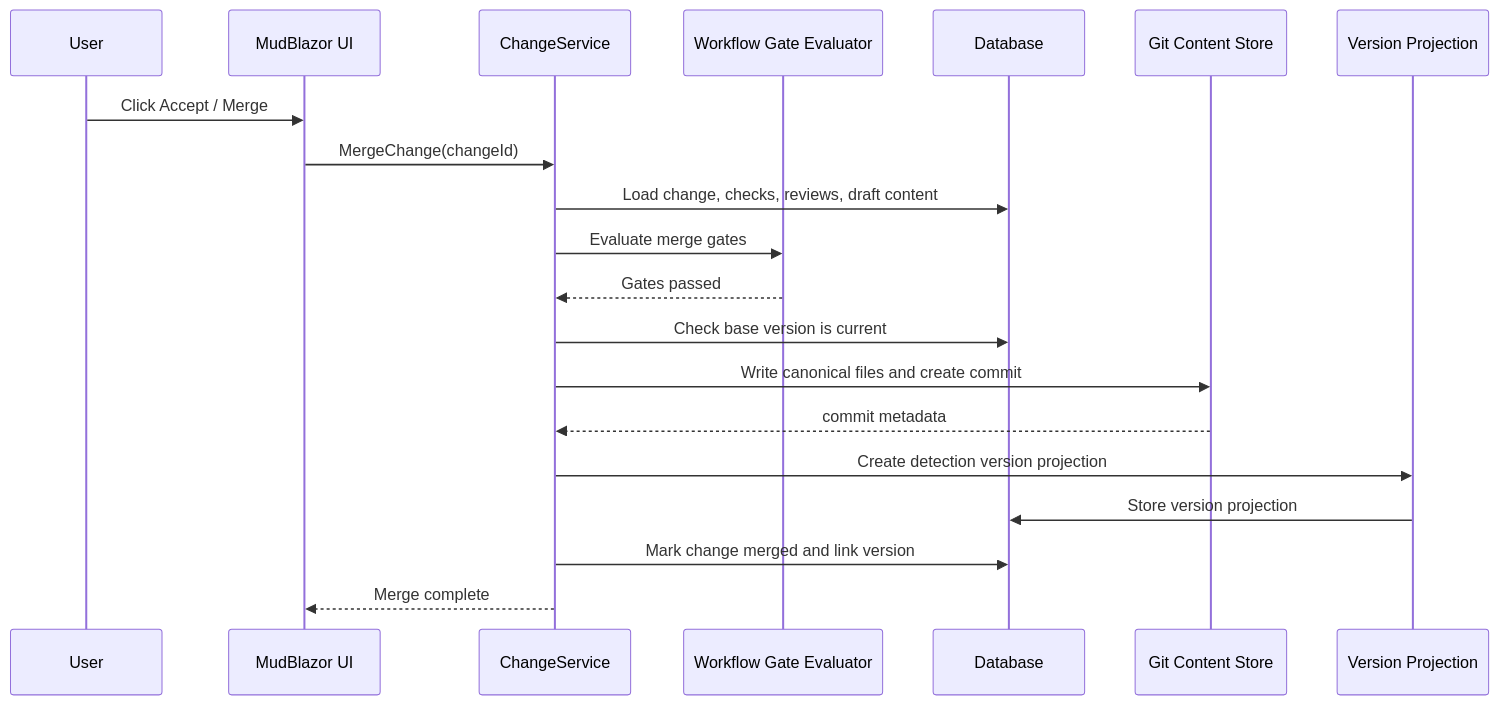
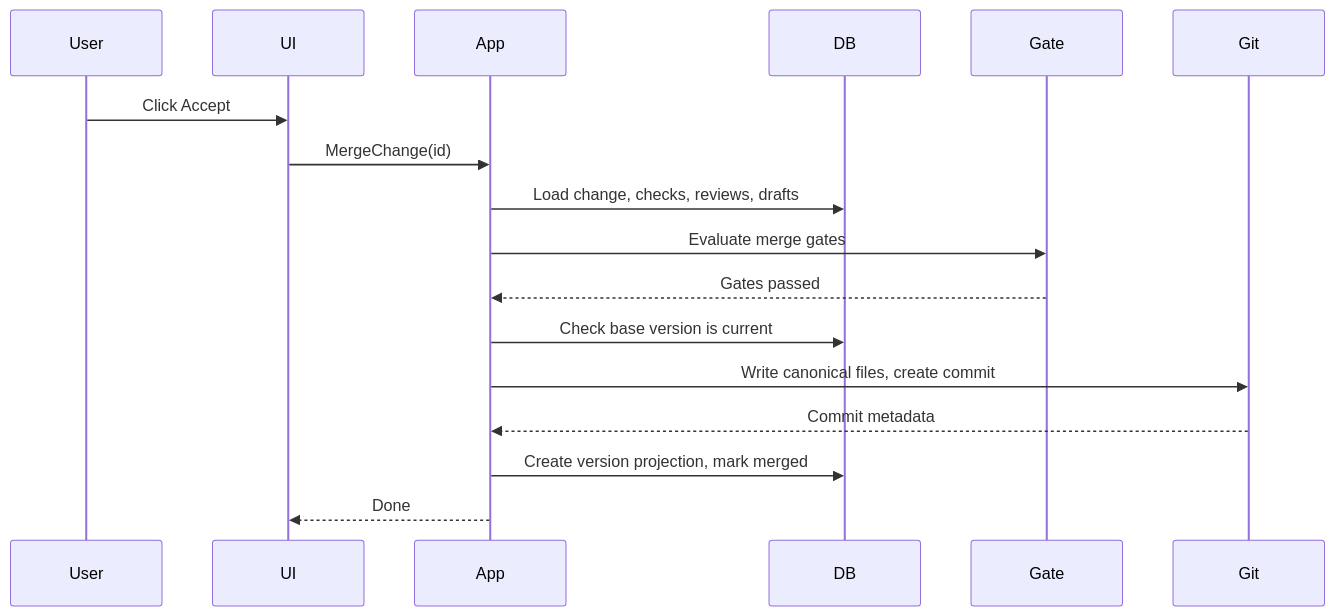
One commit to DeltaZulu-OU/DeltaZulu.Platform changed the third of 3 diagrams in docs/ARCHITECTURE.md. Above: the diagram before and after it, drawn with Mermaid. The commit also changed other lines of this file and 11 other files, not shown here.

````diff
--- a/docs/ARCHITECTURE.md
+++ b/docs/ARCHITECTURE.md
@@ -374,23 +125,13 @@
 ```mermaid
 sequenceDiagram
-    participant U as User
-    participant UI as MudBlazor UI
-    participant APP as ChangeService
-    participant WF as Workflow Gate Evaluator
-    participant DB as Database
-    participant GIT as Git Content Store
-    participant VP as Version Projection
-
-    U->>UI: Click Accept / Merge
-    UI->>APP: MergeChange(changeId)
-    APP->>DB: Load change, checks, reviews, draft content
-    APP->>WF: Evaluate merge gates
-    WF-->>APP: Gates passed
-    APP->>DB: Check base version is current
-    APP->>GIT: Write canonical files and create commit
-    GIT-->>APP: commit metadata
-    APP->>VP: Create detection version projection
-    VP->>DB: Store version projection
-    APP->>DB: Mark change merged and link version
-    APP-->>UI: Merge complete
+    User->>UI: Click Accept
+    UI->>App: MergeChange(id)
+    App->>DB: Load change, checks, reviews, drafts
+    App->>Gate: Evaluate merge gates
+    Gate-->>App: Gates passed
+    App->>DB: Check base version is current
+    App->>Git: Write canonical files, create commit
+    Git-->>App: Commit metadata
+    App->>DB: Create version projection, mark merged
+    App-->>UI: Done
 ```
````
